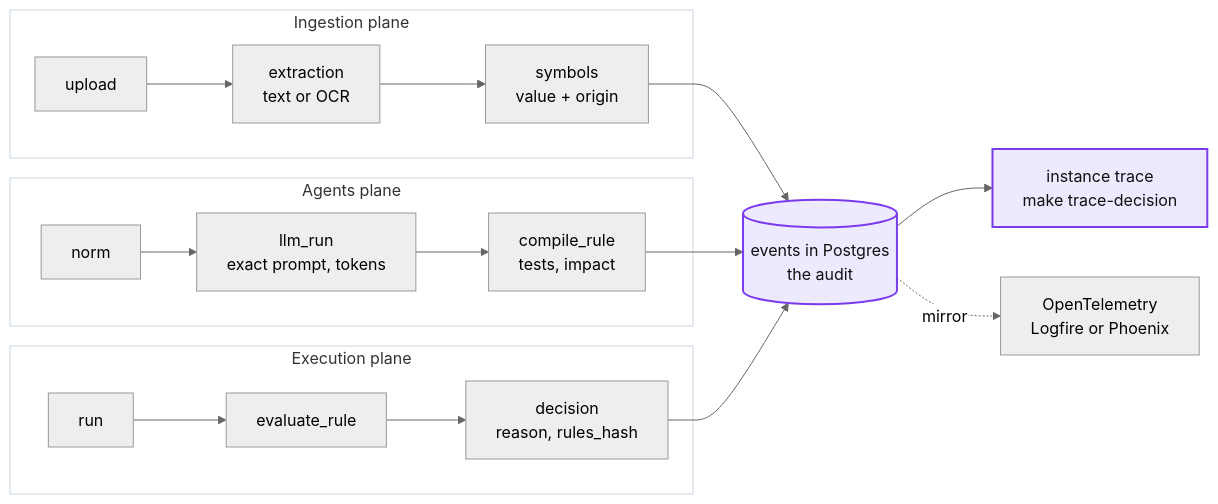
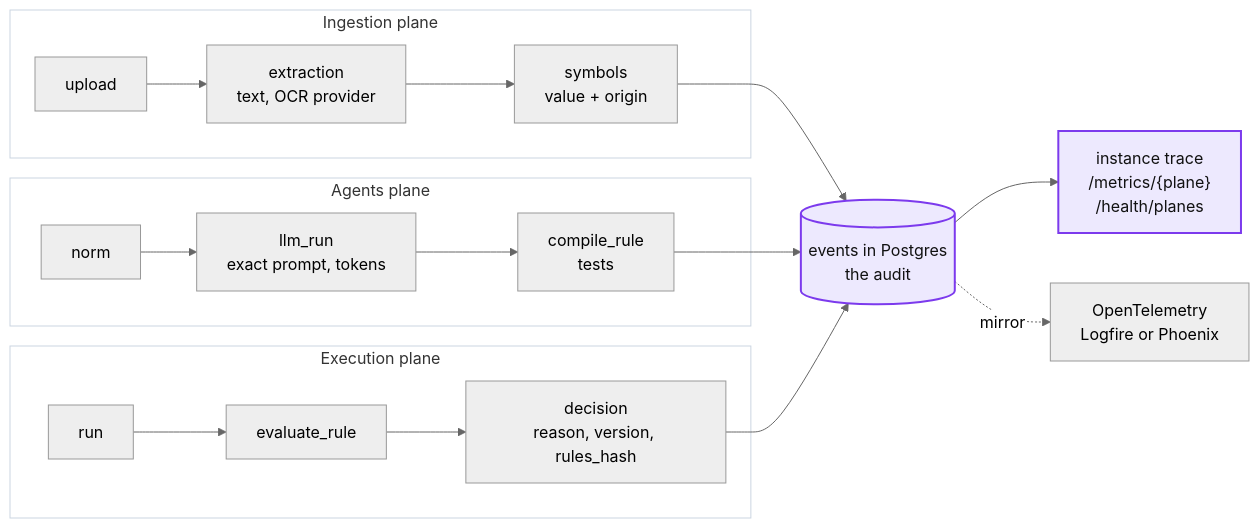
One commit to Martinhdeez/trace-it changed the diagram in docs/adr/C-traceability-in-three-planes.md. Above: the diagram before and after it, drawn with Mermaid (neutral theme). The commit also changed other lines of this file and 41 other files, not shown here.

````diff
--- a/docs/adr/C-traceability-in-three-planes.md
+++ b/docs/adr/C-traceability-in-three-planes.md
@@ -33,22 +69,22 @@
 ```mermaid
 flowchart LR
   subgraph ING["Ingestion plane"]
-    U["upload"] --> X["extraction<br/>text or OCR"] --> S["symbols<br/>value + origin"]
+    U["upload"] --> X["extraction<br/>text, OCR provider"] --> S["symbols<br/>value + origin"]
   end
   subgraph AG["Agents plane"]
-    NR["norm"] --> L["llm_run<br/>exact prompt, tokens"] --> CR["compile_rule<br/>tests, impact"]
+    NR["norm"] --> L["llm_run<br/>exact prompt, tokens"] --> CR["compile_rule<br/>tests"]
   end
   subgraph EX["Execution plane"]
-    RP["run"] --> ER["evaluate_rule"] --> D["decision<br/>reason, rules_hash"]
+    RP["run"] --> ER["evaluate_rule"] --> D["decision<br/>reason, version, rules_hash"]
   end
   S --> EV[("events in Postgres<br/>the audit")]
   CR --> EV
   D --> EV
-  EV --> API["instance trace<br/>make trace-decision"]
+  EV --> API["instance trace<br/>/metrics/{plane}<br/>/health/planes"]
   EV -. mirror .-> OT["OpenTelemetry<br/>Logfire or Phoenix"]
   classDef kc fill:#ede9fe,stroke:#7c3aed,stroke-width:2px,color:#111
   class EV,API kc
   style ING fill:#ffffff,stroke:#cbd5e1
   style AG fill:#ffffff,stroke:#cbd5e1
   style EX fill:#ffffff,stroke:#cbd5e1
 ```
````
